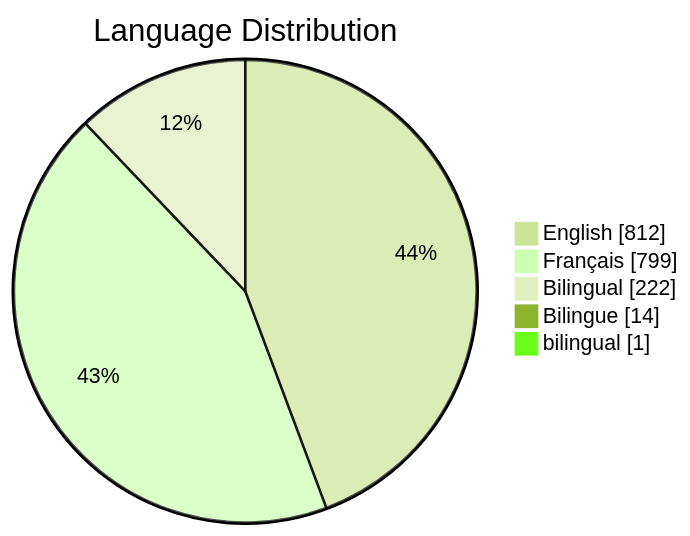
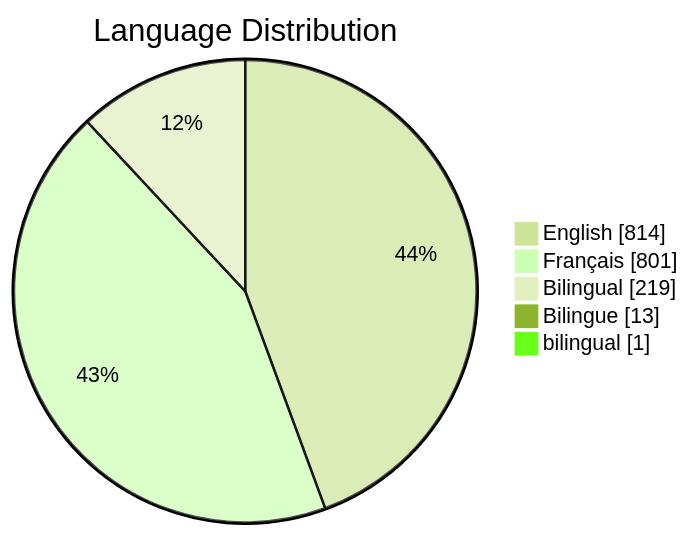
The third of 6 diagrams in README.md (PatLittle/GC-Socials), drawn with Mermaid (forest theme) before and after one commit. The commit also changed other lines of this file, not shown here.

Commit message:
Update README with Platform Distribution pie chart

````diff
--- a/README.md
+++ b/README.md
@@ -66,8 +66,8 @@
 ```mermaid
 pie showData title Language Distribution
-    "English": 812
-    "Français": 799
-    "Bilingual": 222
-    "Bilingue": 14
+    "English": 814
+    "Français": 801
+    "Bilingual": 219
+    "Bilingue": 13
     "bilingual": 1
 ```
````
